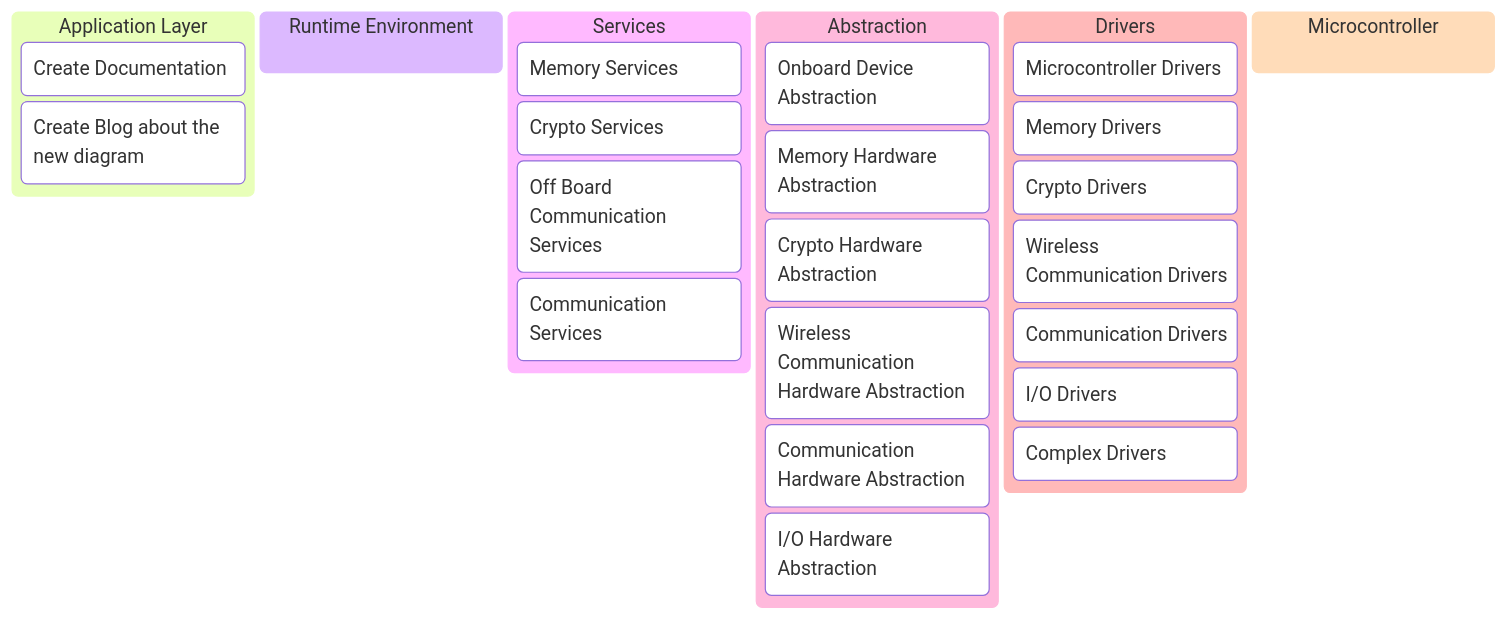
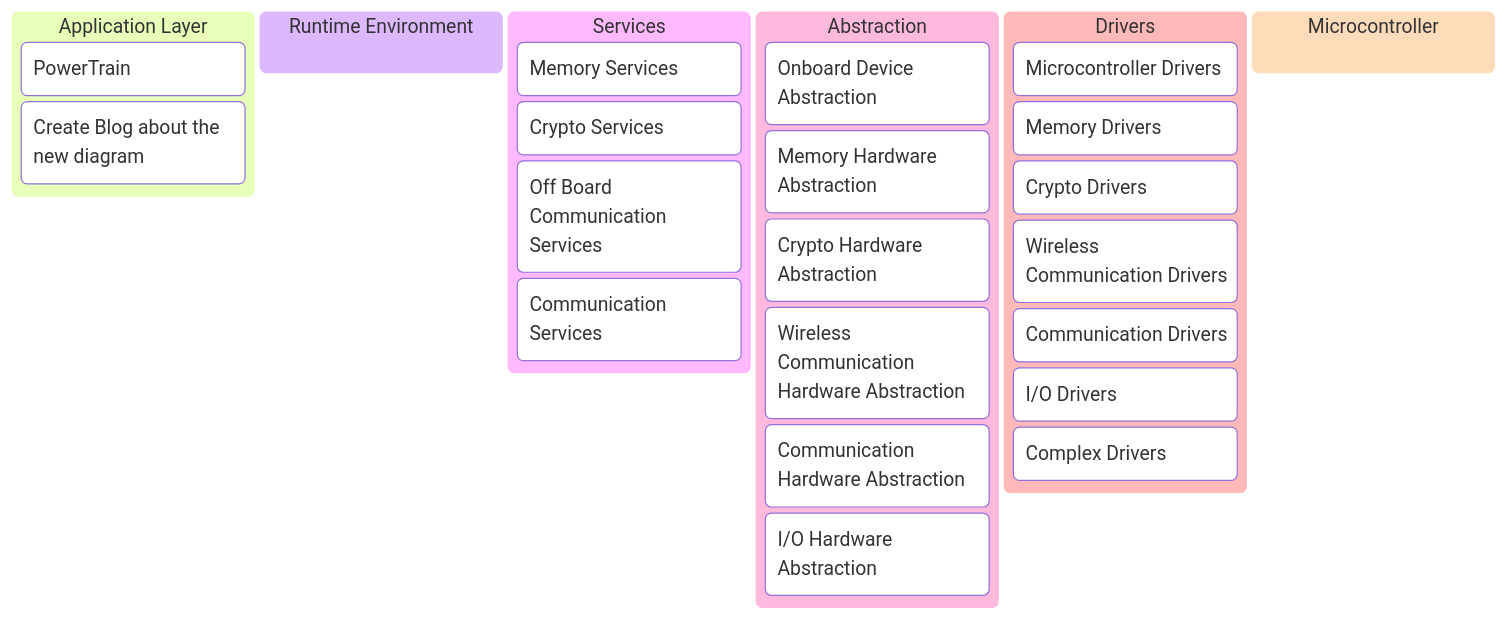
Before and after one commit to zmtn/zmt: the diagram in content/posts/AUTOSAR.md, drawn with Mermaid. The commit also changed 2 other files, not shown here.

````diff
--- a/content/posts/AUTOSAR.md
+++ b/content/posts/AUTOSAR.md
@@ -28,34 +28,34 @@
 ```mermaid
 ---
 config:
   kanban:
     ticketBaseUrl: 'https://mermaidchart.atlassian.net/browse/#TICKET#'
 ---
 kanban
   [Application Layer]
-    [Create Documentation]
+    [PowerTrain]
     [Create Blog about the new diagram]
   [Runtime Environment]
   [Services]
     [Memory Services]
     [Crypto Services]
     [Off Board Communication  Services]
     [Communication  Services]
   [Abstraction]
     [Onboard Device Abstraction]
     [Memory Hardware Abstraction]
     [Crypto Hardware Abstraction]
     [Wireless Communication Hardware Abstraction]
     [Communication Hardware Abstraction]
     [I/O Hardware Abstraction]
   [Drivers]
     [Microcontroller Drivers]
     [Memory Drivers]
     [Crypto Drivers]
     [Wireless Communication Drivers]
     [Communication Drivers]
     [I/O Drivers]
     [Complex Drivers]
   [Microcontroller]
 
 ```
````
